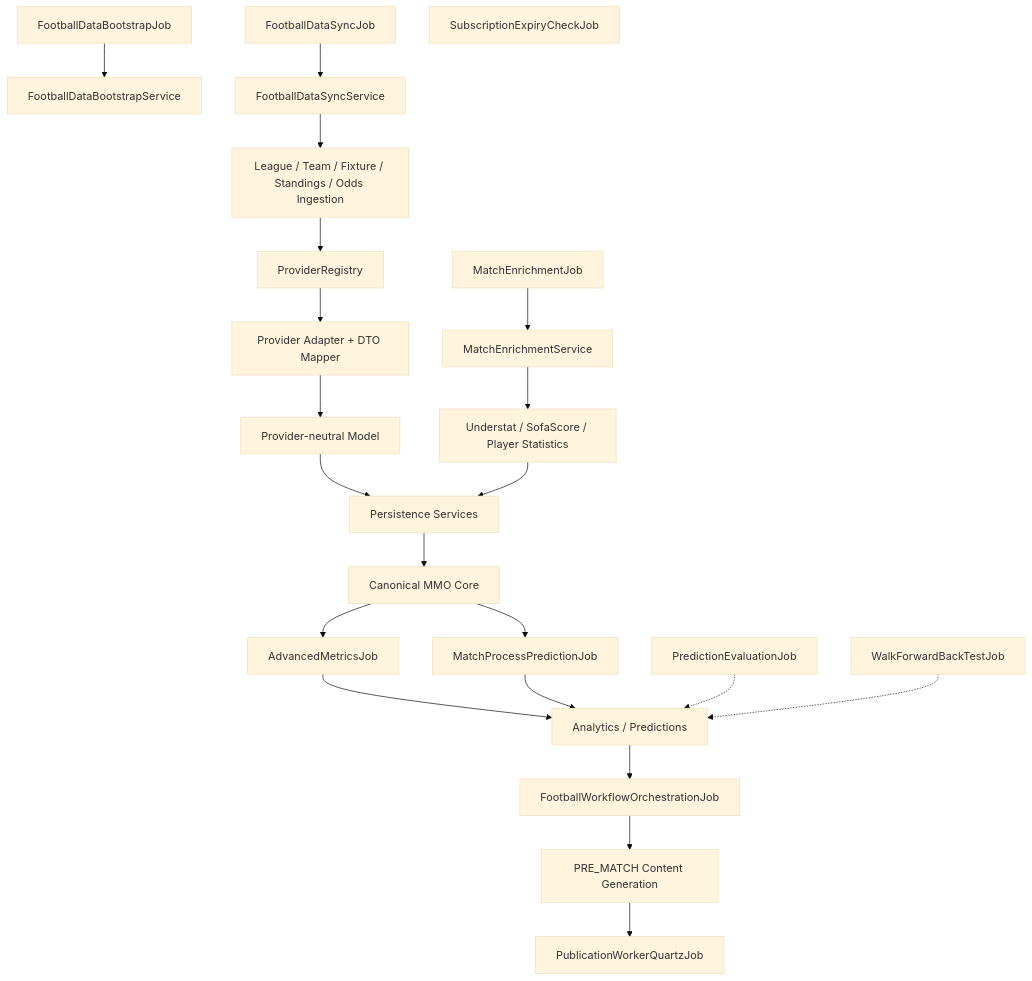
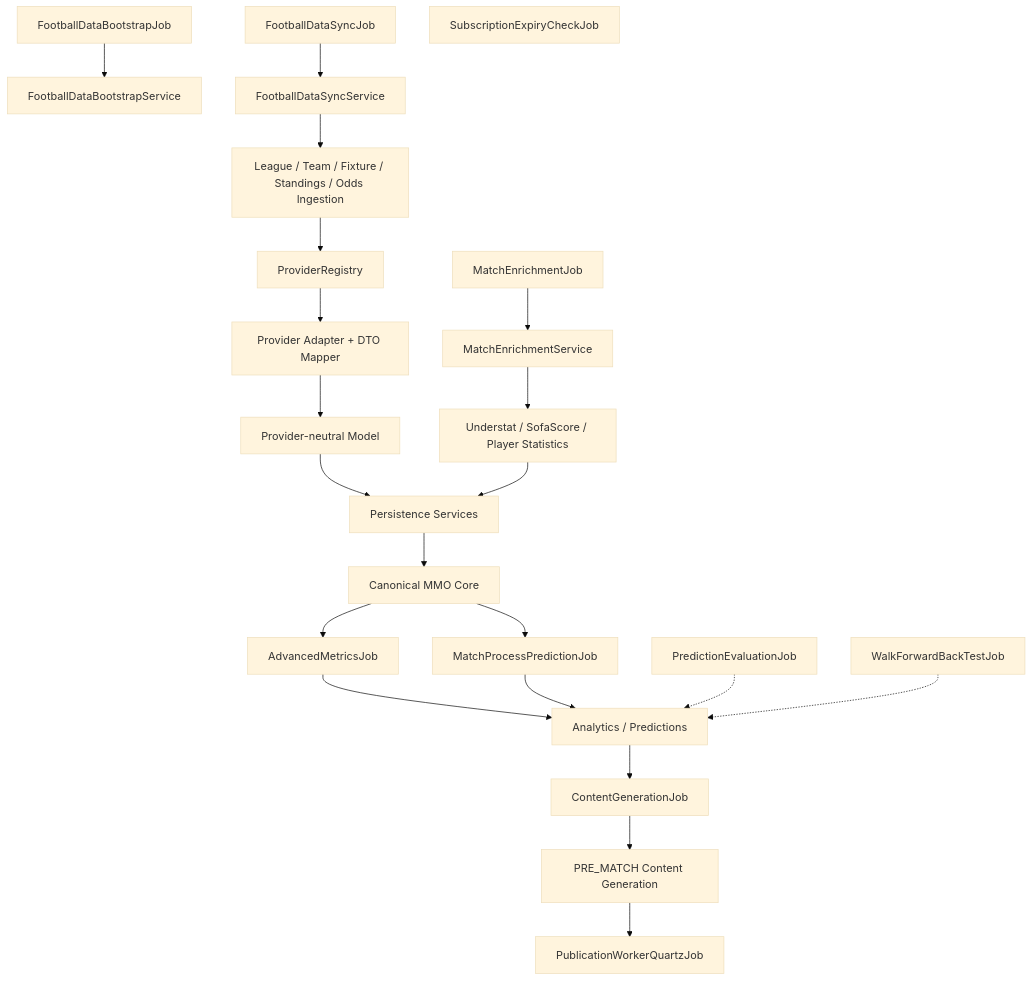
One commit to MinhHai12345/MMO changed the diagram in docs/architecture/fb-job-flow-phase1-phase2.mmd. Above: the diagram before and after it, drawn with Mermaid (base theme). The commit also changed 3 other files, not shown here.

Commit message:
refactor(content): rename workflow job to content generation

```diff
--- a/docs/architecture/fb-job-flow-phase1-phase2.mmd
+++ b/docs/architecture/fb-job-flow-phase1-phase2.mmd
@@ -1,22 +1,22 @@
 flowchart TD
     A[FootballDataBootstrapJob] --> B[FootballDataBootstrapService]
     C[FootballDataSyncJob] --> D[FootballDataSyncService]
     D --> E[League / Team / Fixture / Standings / Odds Ingestion]
     E --> F[ProviderRegistry]
     F --> G[Provider Adapter + DTO Mapper]
     G --> H[Provider-neutral Model]
     H --> I[Persistence Services]
     J[MatchEnrichmentJob] --> K[MatchEnrichmentService]
     K --> L[Understat / SofaScore / Player Statistics]
     L --> I
     I --> M[Canonical MMO Core]
     M --> N[AdvancedMetricsJob]
     M --> O[MatchProcessPredictionJob]
     N --> P[Analytics / Predictions]
     O --> P
-    P --> Q[FootballWorkflowOrchestrationJob]
+    P --> Q[ContentGenerationJob]
     Q --> R[PRE_MATCH Content Generation]
     R --> S[PublicationWorkerQuartzJob]
     T[PredictionEvaluationJob] -.-> P
     U[WalkForwardBackTestJob] -.-> P
     V[SubscriptionExpiryCheckJob]
```
